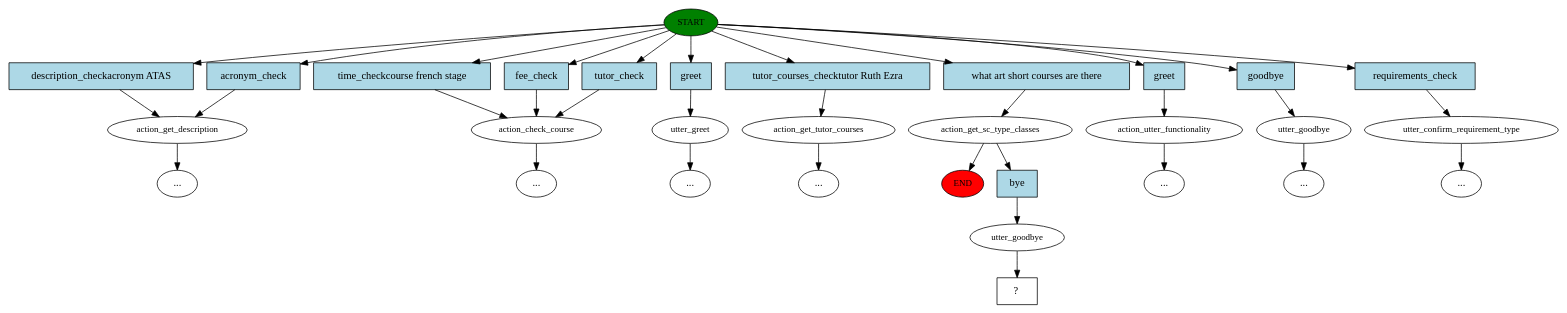
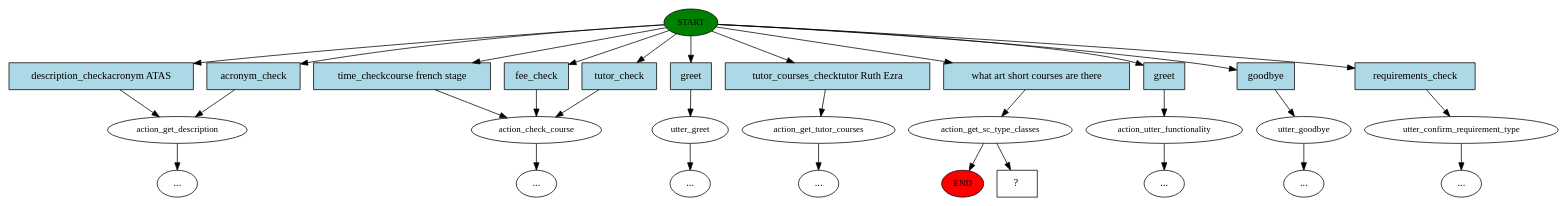
The diagram in chat-service/model/story_graph.dot (leonore/ugenie), drawn with Graphviz before and after one commit. The commit also changed 3 other files, not shown here.

```diff
--- a/chat-service/model/story_graph.dot
+++ b/chat-service/model/story_graph.dot
@@ -1,66 +1,62 @@
 digraph  {
 0 [class="start active", fillcolor=green, fontsize=12, label=START, style=filled];
 "-1" [class=end, fillcolor=red, fontsize=12, label=END, style=filled];
 1 [class="", fontsize=12, label=action_get_description];
 2 [class="", fontsize=12, label=action_check_course];
 5 [class="", fontsize=12, label=utter_greet];
 "-9" [class=ellipsis, label="..."];
 9 [class="", fontsize=12, label=action_get_tutor_courses];
 "-11" [class=ellipsis, label="..."];
 10 [class=active, fontsize=12, label=action_get_sc_type_classes];
 11 [class="", fontsize=12, label=action_utter_functionality];
 "-14" [class=ellipsis, label="..."];
 14 [class="", fontsize=12, label=utter_goodbye];
 "-15" [class=ellipsis, label="..."];
 23 [class="", fontsize=12, label=utter_confirm_requirement_type];
 "-24" [class=ellipsis, label="..."];
 "-25" [class=ellipsis, label="..."];
 "-28" [class=ellipsis, label="..."];
-29 [class=active, fontsize=12, label=utter_goodbye];
-30 [class="intent dashed active", label="  ?  ", shape=rect];
-31 [class=intent, fillcolor=lightblue, label="description_checkacronym ATAS", shape=rect, style=filled];
-32 [class=intent, fillcolor=lightblue, label=acronym_check, shape=rect, style=filled];
-33 [class=intent, fillcolor=lightblue, label="time_checkcourse french stage", shape=rect, style=filled];
-34 [class=intent, fillcolor=lightblue, label=fee_check, shape=rect, style=filled];
-35 [class=intent, fillcolor=lightblue, label=tutor_check, shape=rect, style=filled];
-36 [class=intent, fillcolor=lightblue, label=greet, shape=rect, style=filled];
-37 [class=intent, fillcolor=lightblue, label="tutor_courses_checktutor Ruth Ezra", shape=rect, style=filled];
-38 [class="intent active", fillcolor=lightblue, label="what art short courses are there", shape=rect, style=filled];
-39 [class=intent, fillcolor=lightblue, label=greet, shape=rect, style=filled];
-40 [class=intent, fillcolor=lightblue, label=goodbye, shape=rect, style=filled];
-41 [class=intent, fillcolor=lightblue, label=requirements_check, shape=rect, style=filled];
-42 [class="intent active", fillcolor=lightblue, label=bye, shape=rect, style=filled];
+29 [class="intent dashed active", label="  ?  ", shape=rect];
+30 [class=intent, fillcolor=lightblue, label="description_checkacronym ATAS", shape=rect, style=filled];
+31 [class=intent, fillcolor=lightblue, label=acronym_check, shape=rect, style=filled];
+32 [class=intent, fillcolor=lightblue, label="time_checkcourse french stage", shape=rect, style=filled];
+33 [class=intent, fillcolor=lightblue, label=fee_check, shape=rect, style=filled];
+34 [class=intent, fillcolor=lightblue, label=tutor_check, shape=rect, style=filled];
+35 [class=intent, fillcolor=lightblue, label=greet, shape=rect, style=filled];
+36 [class=intent, fillcolor=lightblue, label="tutor_courses_checktutor Ruth Ezra", shape=rect, style=filled];
+37 [class="intent active", fillcolor=lightblue, label="what art short courses are there", shape=rect, style=filled];
+38 [class=intent, fillcolor=lightblue, label=greet, shape=rect, style=filled];
+39 [class=intent, fillcolor=lightblue, label=goodbye, shape=rect, style=filled];
+40 [class=intent, fillcolor=lightblue, label=requirements_check, shape=rect, style=filled];
+0 -> 30  [class="", key=0];
 0 -> 31  [class="", key=0];
 0 -> 32  [class="", key=0];
 0 -> 33  [class="", key=0];
 0 -> 34  [class="", key=0];
 0 -> 35  [class="", key=0];
 0 -> 36  [class="", key=0];
-0 -> 37  [class="", key=0];
-0 -> 38  [class=active, key=0];
+0 -> 37  [class=active, key=0];
+0 -> 38  [class="", key=0];
 0 -> 39  [class="", key=0];
 0 -> 40  [class="", key=0];
-0 -> 41  [class="", key=0];
 1 -> "-28"  [class="", key=NONE, label=""];
 2 -> "-25"  [class="", key=NONE, label=""];
 5 -> "-9"  [class="", key=NONE, label=""];
 9 -> "-11"  [class="", key=NONE, label=""];
 10 -> "-1"  [class="", key=NONE, label=""];
-10 -> 42  [class=active, key=0];
+10 -> 29  [class=active, key=NONE, label=""];
 11 -> "-14"  [class="", key=NONE, label=""];
 14 -> "-15"  [class="", key=NONE, label=""];
 23 -> "-24"  [class="", key=NONE, label=""];
-29 -> 30  [class=active, key=NONE, label=""];
+30 -> 1  [class="", key=0];
 31 -> 1  [class="", key=0];
-32 -> 1  [class="", key=0];
+32 -> 2  [class="", key=0];
 33 -> 2  [class="", key=0];
 34 -> 2  [class="", key=0];
-35 -> 2  [class="", key=0];
-36 -> 5  [class="", key=0];
-37 -> 9  [class="", key=0];
-38 -> 10  [class=active, key=0];
-39 -> 11  [class="", key=0];
-40 -> 14  [class="", key=0];
-41 -> 23  [class="", key=0];
-42 -> 29  [class=active, key=0];
+35 -> 5  [class="", key=0];
+36 -> 9  [class="", key=0];
+37 -> 10  [class=active, key=0];
+38 -> 11  [class="", key=0];
+39 -> 14  [class="", key=0];
+40 -> 23  [class="", key=0];
 }
```
